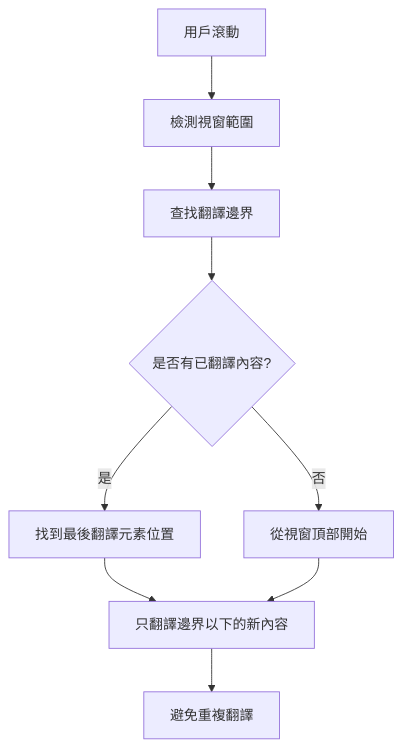
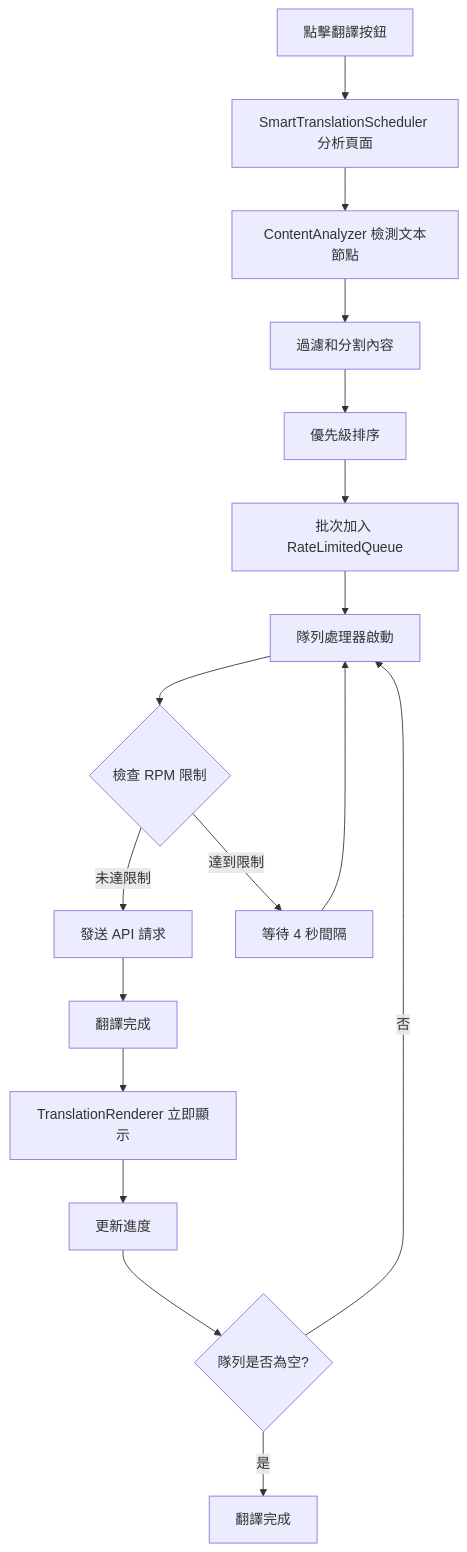
The second of 2 diagrams in .kiro/specs/web-translation-extension/design.md (benfzc/BridgeTranslate), drawn with Mermaid before and after one commit. The commit also changed other lines of this file and 11 other files, not shown here.

````diff
--- a/.kiro/specs/web-translation-extension/design.md
+++ b/.kiro/specs/web-translation-extension/design.md
@@ -77,11 +63,19 @@
 ```mermaid
 graph TD
-    A[用戶滾動] --> B[檢測視窗範圍]
-    B --> C[查找翻譯邊界]
-    C --> D{是否有已翻譯內容?}
-    D -->|是| E[找到最後翻譯元素位置]
-    D -->|否| F[從視窗頂部開始]
-    E --> G[只翻譯邊界以下的新內容]
-    F --> G
-    G --> H[避免重複翻譯]
+    A[點擊翻譯按鈕] --> B[SmartTranslationScheduler 分析頁面]
+    B --> C[ContentAnalyzer 檢測文本節點]
+    C --> D[過濾和分割內容]
+    D --> E[優先級排序]
+    E --> F[批次加入 RateLimitedQueue]
+    F --> G[隊列處理器啟動]
+    G --> H{檢查 RPM 限制}
+    H -->|未達限制| I[發送 API 請求]
+    H -->|達到限制| J[等待 4 秒間隔]
+    I --> K[翻譯完成]
+    K --> L[TranslationRenderer 立即顯示]
+    L --> M[更新進度]
+    M --> N{隊列是否為空?}
+    N -->|否| G
+    N -->|是| O[翻譯完成]
+    J --> G
 ```
````
